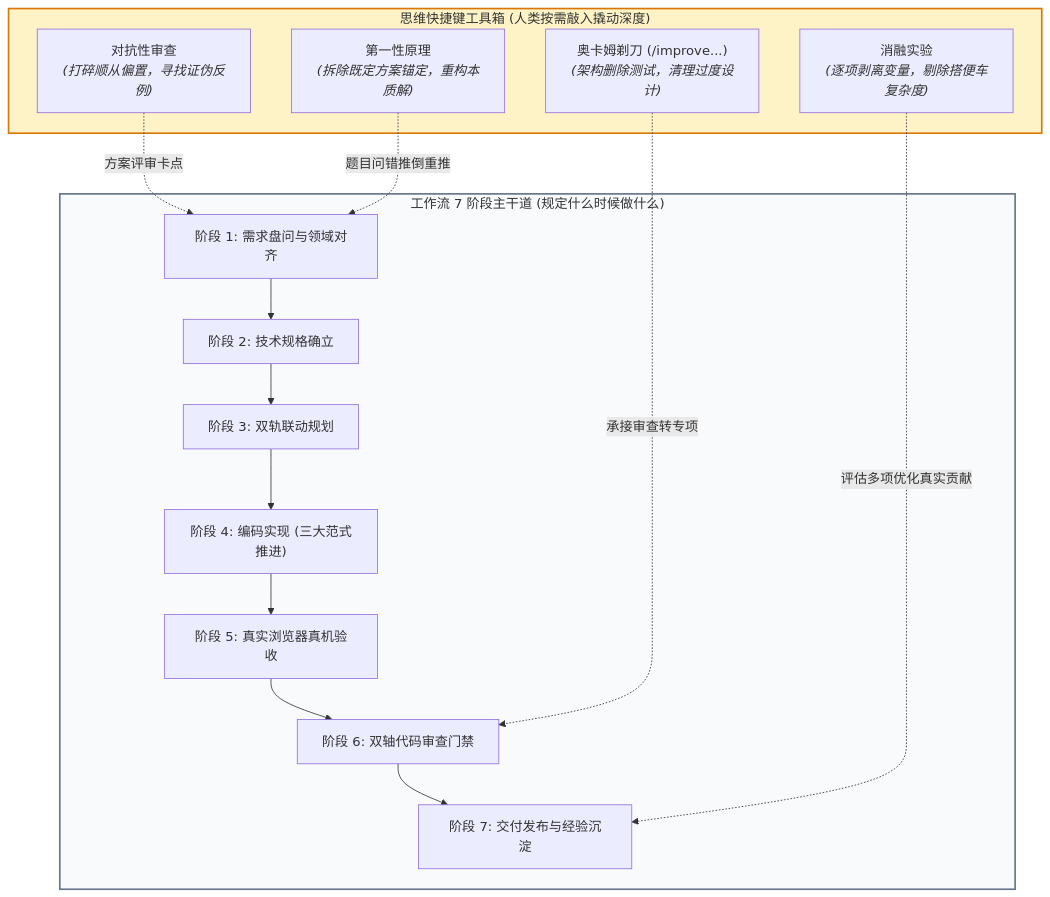
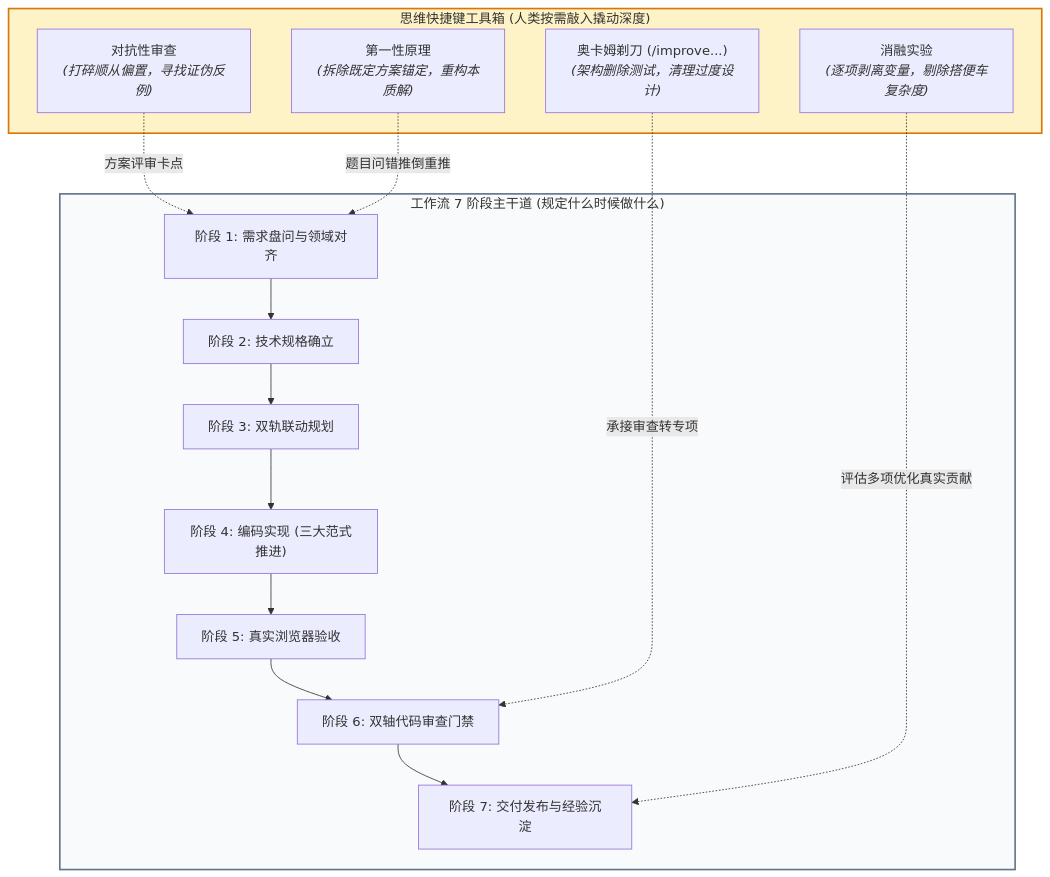
Before and after one commit to wxy-hh/ai-aggregation: the tenth of 11 diagrams in docs/agents/qa-workflow-guide.md, drawn with Mermaid. The commit also changed other lines of this file and 25 other files, not shown here.

````diff
--- a/docs/agents/qa-workflow-guide.md
+++ b/docs/agents/qa-workflow-guide.md
@@ -1113,29 +1009,29 @@
 ```mermaid
 flowchart TD
     subgraph Workflow ["工作流 7 阶段主干道 (规定什么时候做什么)"]
         P1["阶段 1: 需求盘问与领域对齐"]
         P2["阶段 2: 技术规格确立"]
         P3["阶段 3: 双轨联动规划"]
         P4["阶段 4: 编码实现 (三大范式推进)"]
-        P5["阶段 5: 真实浏览器真机验收"]
+        P5["阶段 5: 真实浏览器验收"]
         P6["阶段 6: 双轴代码审查门禁"]
         P7["阶段 7: 交付发布与经验沉淀"]
 
         P1 --> P2 --> P3 --> P4 --> P5 --> P6 --> P7
     end
 
     subgraph Shortcuts ["思维快捷键工具箱 (人类按需敲入撬动深度)"]
         S1["对抗性审查<br/><i>(打碎顺从偏置，寻找证伪反例)</i>"]
         S2["第一性原理<br/><i>(拆除既定方案锚定，重构本质解)</i>"]
         S4["奥卡姆剃刀 (/improve...)<br/><i>(架构删除测试，清理过度设计)</i>"]
         S5["消融实验<br/><i>(逐项剥离变量，剔除搭便车复杂度)</i>"]
     end
 
     S1 -.->|"方案评审卡点"| P1
     S2 -.->|"题目问错推倒重推"| P1
     S4 -.->|"承接审查转专项"| P6
     S5 -.->|"评估多项优化真实贡献"| P7
 
     style Workflow fill:#f8fafc,stroke:#64748b,stroke-width:2px
     style Shortcuts fill:#fef3c7,stroke:#d97706,stroke-width:2px
 ```
````
